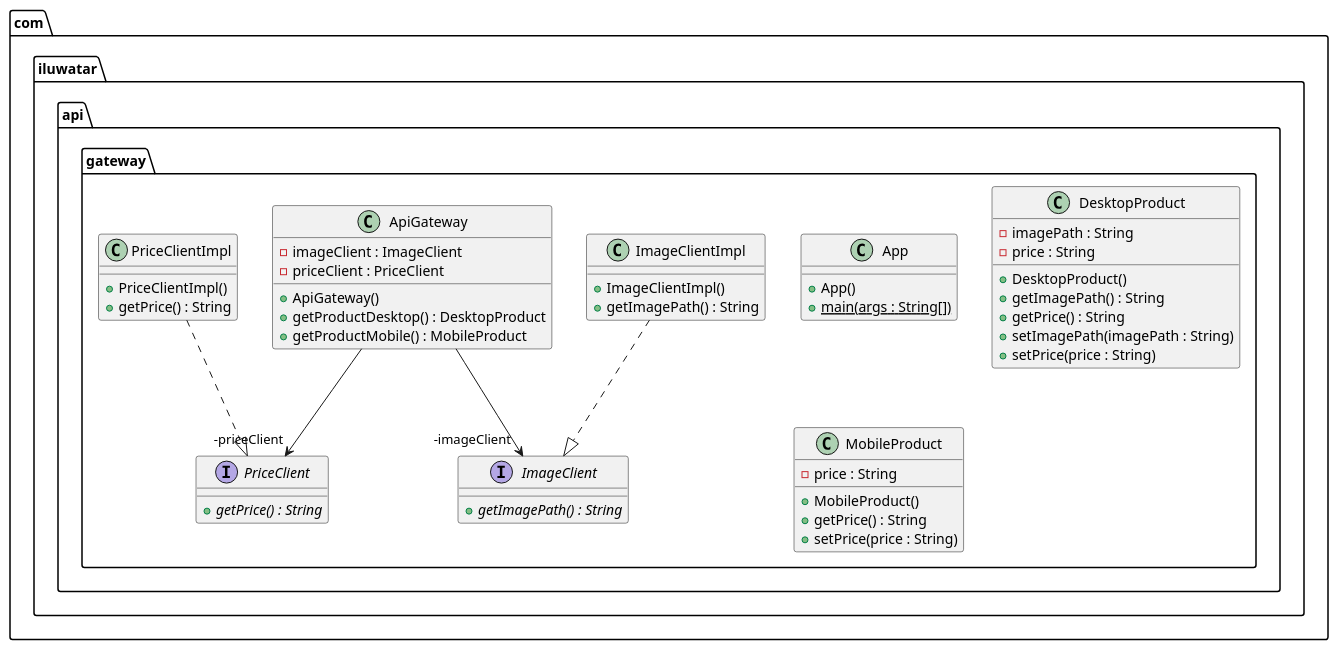
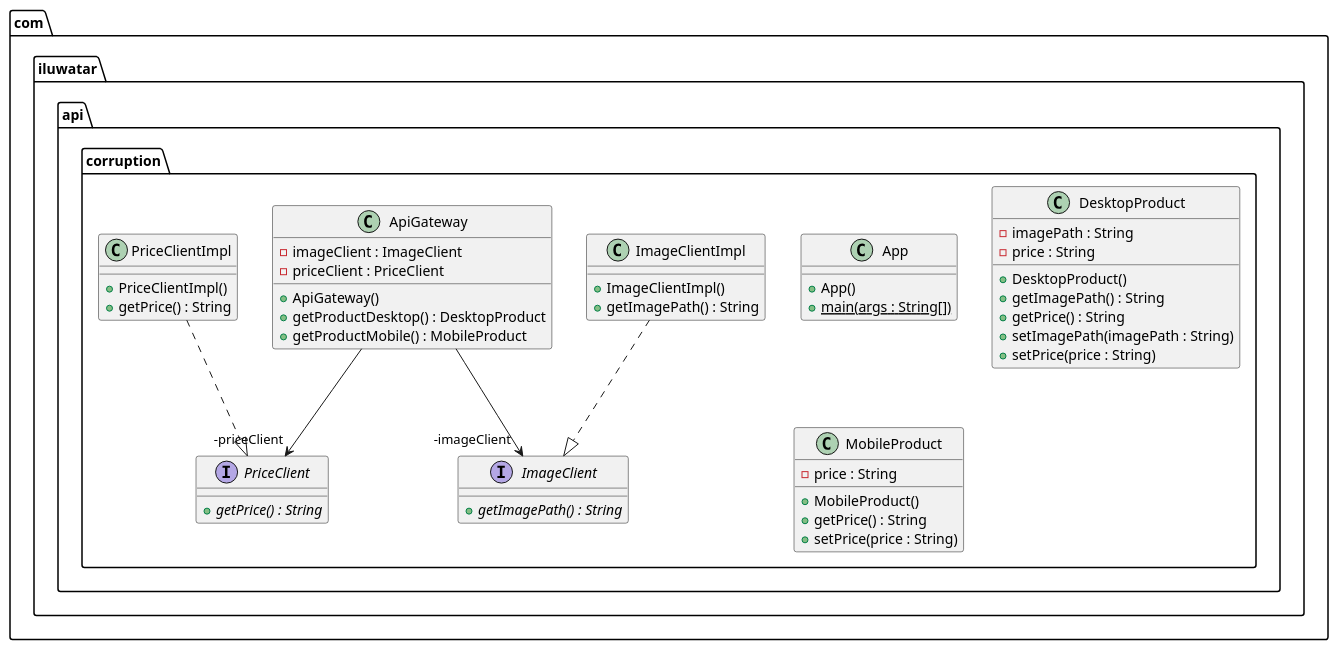
Before and after one commit to iluwatar/java-design-patterns: the diagram in api-gateway/api-gateway-service/etc/api-gateway-service.urm.puml, drawn with PlantUML. The commit also changed 27 other files, not shown here.

```diff
--- a/api-gateway/api-gateway-service/etc/api-gateway-service.urm.puml
+++ b/api-gateway/api-gateway-service/etc/api-gateway-service.urm.puml
@@ -1,48 +1,48 @@
 @startuml
-package com.iluwatar.api.gateway {
+package com.iluwatar.api.corruption {
   class ApiGateway {
     - imageClient : ImageClient
     - priceClient : PriceClient
     + ApiGateway()
     + getProductDesktop() : DesktopProduct
     + getProductMobile() : MobileProduct
   }
   class App {
     + App()
     + main(args : String[]) {static}
   }
   class DesktopProduct {
     - imagePath : String
     - price : String
     + DesktopProduct()
     + getImagePath() : String
     + getPrice() : String
     + setImagePath(imagePath : String)
     + setPrice(price : String)
   }
   interface ImageClient {
     + getImagePath() : String {abstract}
   }
   class ImageClientImpl {
     + ImageClientImpl()
     + getImagePath() : String
   }
   class MobileProduct {
     - price : String
     + MobileProduct()
     + getPrice() : String
     + setPrice(price : String)
   }
   interface PriceClient {
     + getPrice() : String {abstract}
   }
   class PriceClientImpl {
     + PriceClientImpl()
     + getPrice() : String
   }
 }
 ApiGateway -->  "-imageClient" ImageClient
 ApiGateway -->  "-priceClient" PriceClient
 ImageClientImpl ..|> ImageClient 
 PriceClientImpl ..|> PriceClient 
 @enduml
```
